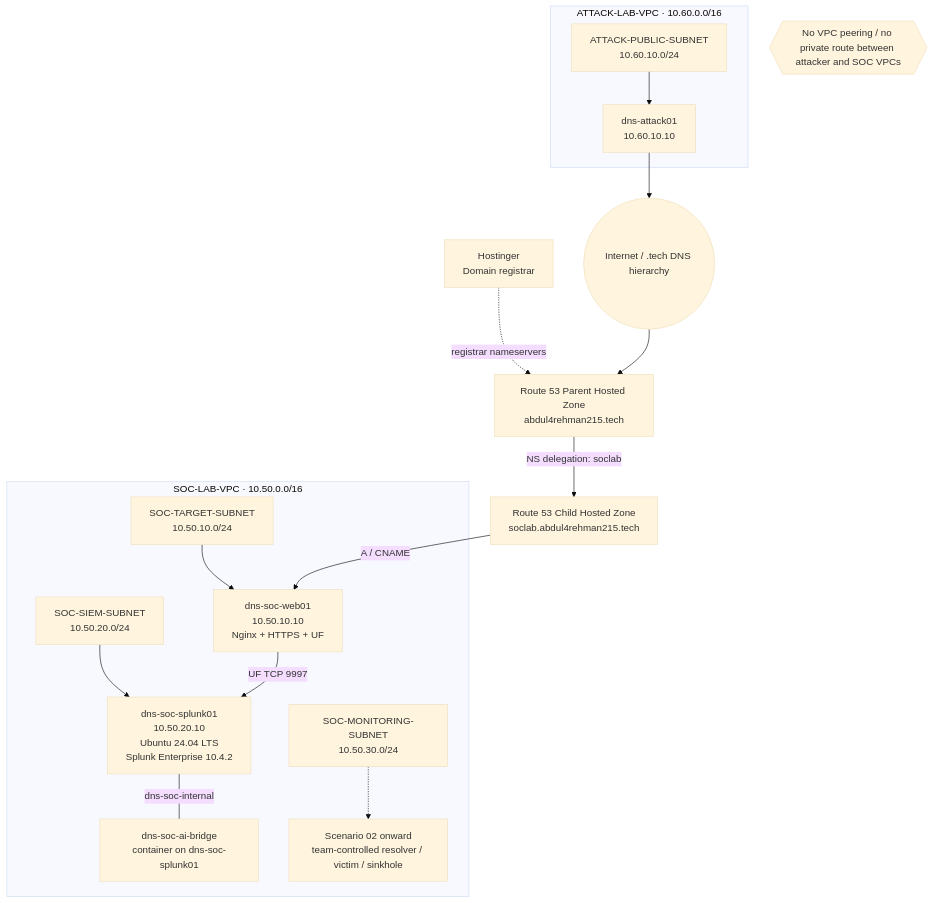
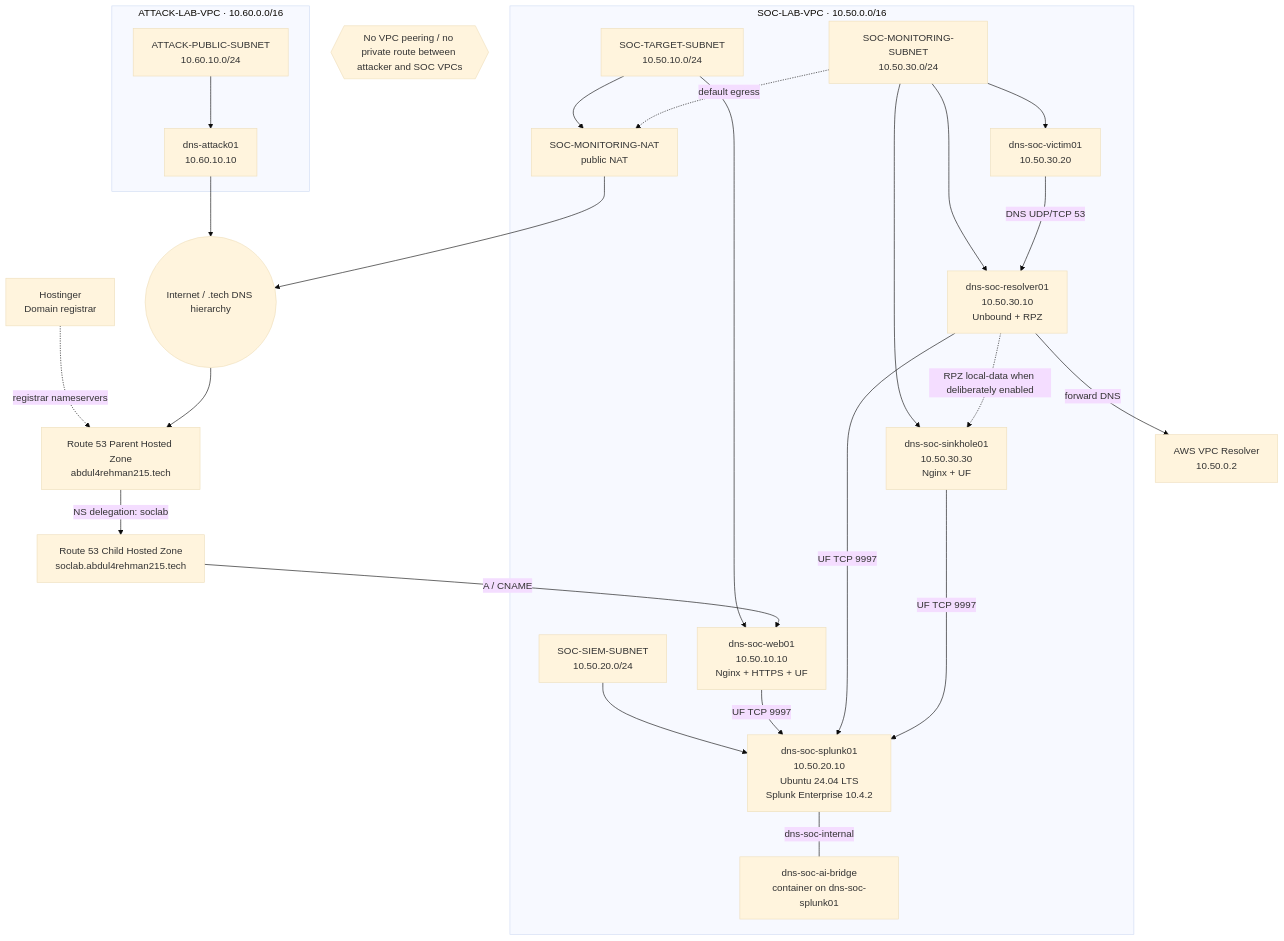
Before and after one commit to DNS-SOC-Lab/DNS-Lab-Infrastructure: the first of 2 diagrams in README.md, drawn with Mermaid (base theme). The commit also changed other lines of this file and 1 other file, not shown here.

Commit message:
docs(lab): hand Scenario 02 to detection work

````diff
--- a/README.md
+++ b/README.md
@@ -31,36 +33,50 @@
 ```mermaid
 flowchart TB
     Registrar[Hostinger<br/>Domain registrar]
     Internet((Internet / .tech DNS hierarchy))
 
     Parent[Route 53 Parent Hosted Zone<br/>abdul4rehman215.tech]
     Child[Route 53 Child Hosted Zone<br/>soclab.abdul4rehman215.tech]
 
     subgraph ATTACK[ATTACK-LAB-VPC · 10.60.0.0/16]
         AS[ATTACK-PUBLIC-SUBNET<br/>10.60.10.0/24]
         A[dns-attack01<br/>10.60.10.10]
         AS --> A
     end
 
     subgraph SOC[SOC-LAB-VPC · 10.50.0.0/16]
         TS[SOC-TARGET-SUBNET<br/>10.50.10.0/24]
         SS[SOC-SIEM-SUBNET<br/>10.50.20.0/24]
         MS[SOC-MONITORING-SUBNET<br/>10.50.30.0/24]
         W[dns-soc-web01<br/>10.50.10.10<br/>Nginx + HTTPS + UF]
         S[dns-soc-splunk01<br/>10.50.20.10<br/>Ubuntu 24.04 LTS<br/>Splunk Enterprise 10.4.2]
         AI[dns-soc-ai-bridge<br/>container on dns-soc-splunk01]
         TS --> W
         SS --> S
         S ---|dns-soc-internal| AI
-        MS -.-> Future[Scenario 02 onward<br/>team-controlled resolver / victim / sinkhole]
+        R[dns-soc-resolver01<br/>10.50.30.10<br/>Unbound + RPZ]
+        V[dns-soc-victim01<br/>10.50.30.20]
+        H[dns-soc-sinkhole01<br/>10.50.30.30<br/>Nginx + UF]
+        NAT[SOC-MONITORING-NAT<br/>public NAT]
+        TS --> NAT
+        MS --> R
+        MS --> V
+        MS --> H
     end
 
     Registrar -. registrar nameservers .-> Parent
     Internet --> Parent
     Parent -->|NS delegation: soclab| Child
     Child -->|A / CNAME| W
     A --> Internet
     W -->|UF TCP 9997| S
+    V -->|DNS UDP/TCP 53| R
+    R -->|forward DNS| AWSR[AWS VPC Resolver<br/>10.50.0.2]
+    R -->|UF TCP 9997| S
+    R -. RPZ local-data when deliberately enabled .-> H
+    H -->|UF TCP 9997| S
+    MS -. default egress .-> NAT
+    NAT --> Internet
 
     X{{No VPC peering / no private route between attacker and SOC VPCs}}
 ```
````
